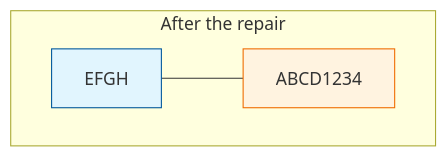
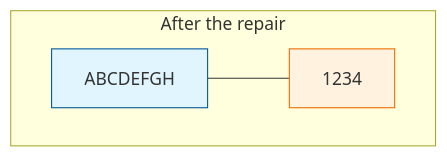
Before and after one commit to Texarkanine/SumMem: the seventh of 7 diagrams in docs/how-it-works/no-conflicts.md, drawn with Mermaid. The commit also changed other lines of this file and 5 other files, not shown here.

````diff
--- a/docs/how-it-works/no-conflicts.md
+++ b/docs/how-it-works/no-conflicts.md
@@ -194,10 +194,10 @@
 ```mermaid
 flowchart LR
     classDef w1 fill:#e1f5fe,stroke:#01579b;
     classDef w2 fill:#fff3e0,stroke:#ef6c00;
 
     subgraph done["After the repair"]
         direction LR
-        D1["EFGH"]:::w1 --- D2["ABCD1234"]:::w2
+        D1["ABCDEFGH"]:::w1 --- D2["1234"]:::w2
     end
 ```
````
